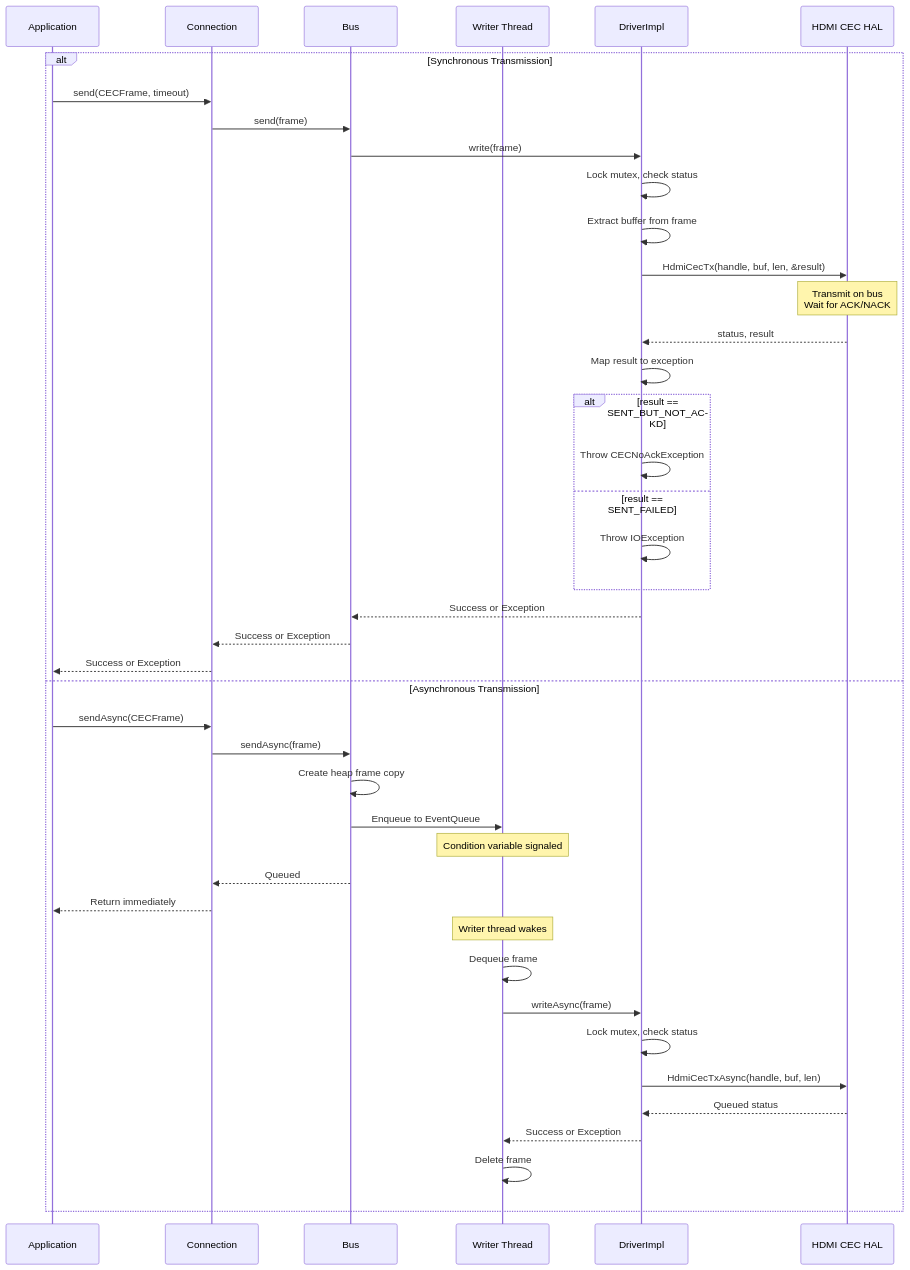
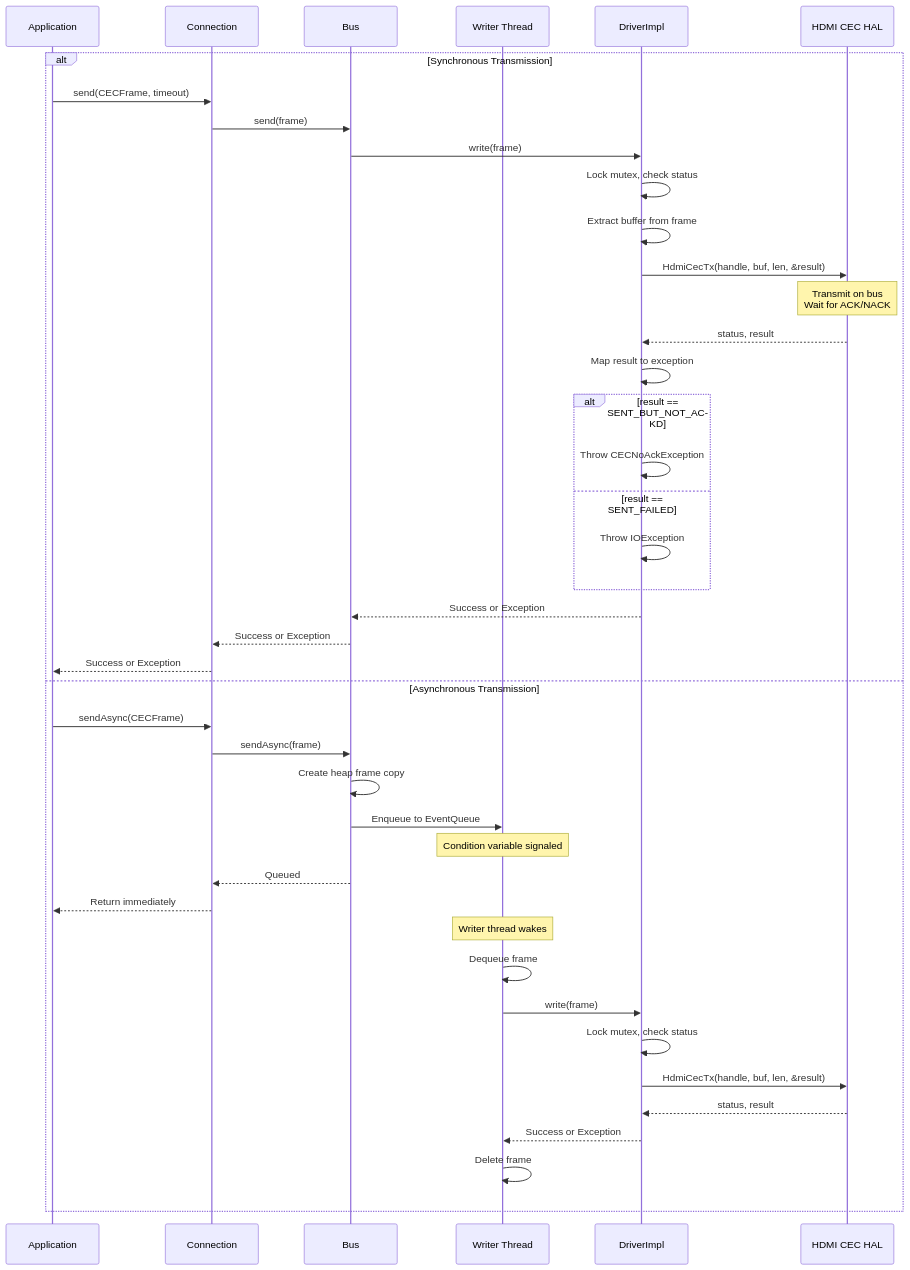
Before and after one commit to rdkcentral/hdmicec: the fifth of 8 diagrams in README.md, drawn with Mermaid. The commit also changed other lines of this file, not shown here.

````diff
--- a/README.md
+++ b/README.md
@@ -316,46 +314,46 @@
 ```mermaid
 sequenceDiagram
     participant App as Application
     participant Conn as Connection
     participant Bus as Bus
     participant Writer as Writer Thread
     participant Driver as DriverImpl
     participant HAL as HDMI CEC HAL
 
     alt Synchronous Transmission
         App->>Conn: send(CECFrame, timeout)
         Conn->>Bus: send(frame)
         Bus->>Driver: write(frame)
         Driver->>Driver: Lock mutex, check status
         Driver->>Driver: Extract buffer from frame
         Driver->>HAL: HdmiCecTx(handle, buf, len, &result)
         Note over HAL: Transmit on bus<br/>Wait for ACK/NACK
         HAL-->>Driver: status, result
         Driver->>Driver: Map result to exception
         alt result == SENT_BUT_NOT_ACKD
             Driver->>Driver: Throw CECNoAckException
         else result == SENT_FAILED
             Driver->>Driver: Throw IOException
         end
         Driver-->>Bus: Success or Exception
         Bus-->>Conn: Success or Exception
         Conn-->>App: Success or Exception
     else Asynchronous Transmission
         App->>Conn: sendAsync(CECFrame)
         Conn->>Bus: sendAsync(frame)
         Bus->>Bus: Create heap frame copy
         Bus->>Writer: Enqueue to EventQueue
         Note over Writer: Condition variable signaled
         Bus-->>Conn: Queued
         Conn-->>App: Return immediately
 
         Note over Writer: Writer thread wakes
         Writer->>Writer: Dequeue frame
-        Writer->>Driver: writeAsync(frame)
+        Writer->>Driver: write(frame)
         Driver->>Driver: Lock mutex, check status
-        Driver->>HAL: HdmiCecTxAsync(handle, buf, len)
-        HAL-->>Driver: Queued status
+        Driver->>HAL: HdmiCecTx(handle, buf, len, &result)
+        HAL-->>Driver: status, result
         Driver-->>Writer: Success or Exception
         Writer->>Writer: Delete frame
     end
 ```
````
